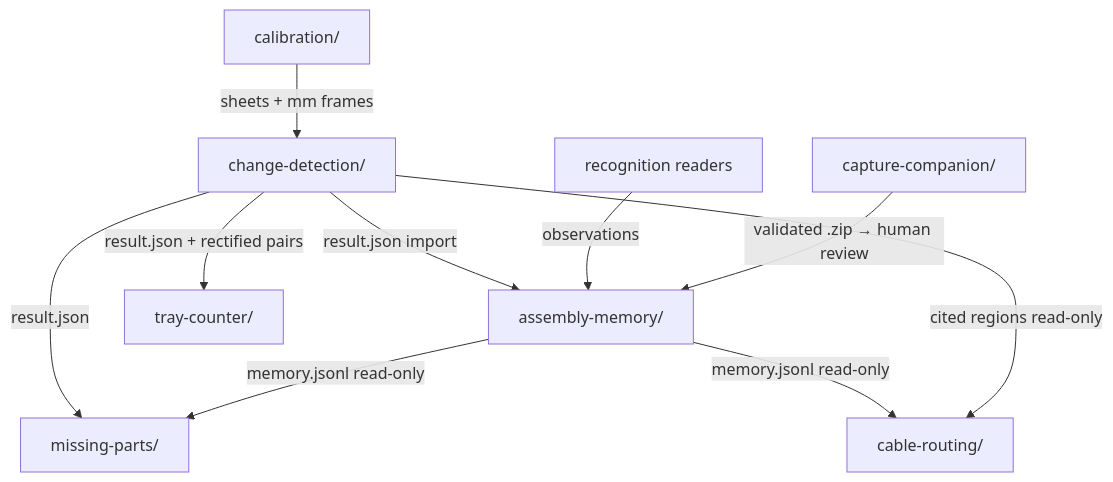
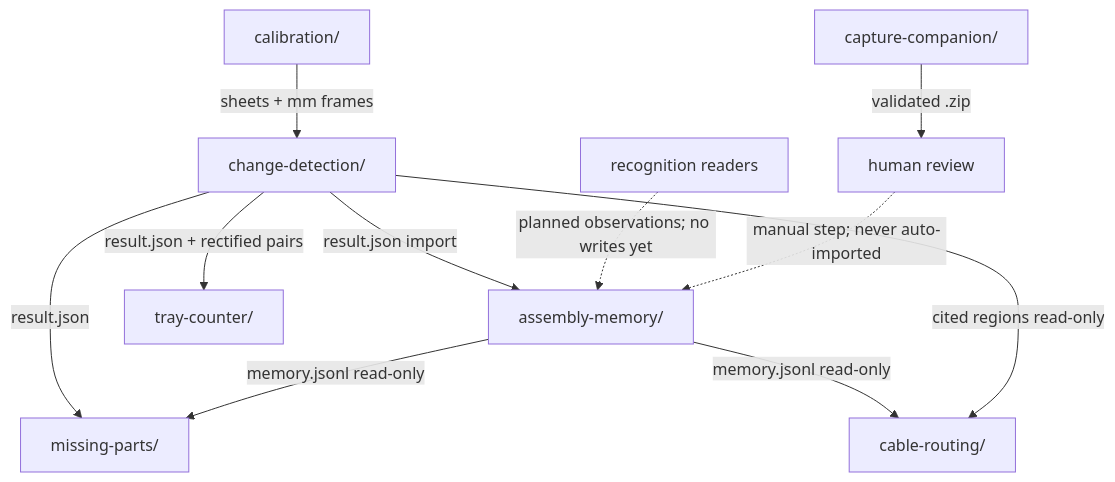
Before and after one commit to valentin-englert/Anastylos: the diagram in ARCHITECTURE.md, drawn with Mermaid. The commit also changed other lines of this file and 13 other files, not shown here.

````diff
--- a/ARCHITECTURE.md
+++ b/ARCHITECTURE.md
@@ -61,20 +63,21 @@
 ```mermaid
 flowchart TD
     CAL[calibration/]
     CD[change-detection/]
     MEM[assembly-memory/]
     READERS[recognition readers]
     TRAY[tray-counter/]
     MISS[missing-parts/]
     CAB[cable-routing/]
     CAP[capture-companion/]
     CAL -->|sheets + mm frames| CD
     CD -->|result.json + rectified pairs| TRAY
     CD -->|result.json| MISS
     CD -->|result.json import| MEM
-    READERS -->|observations| MEM
+    READERS -.->|planned observations; no writes yet| MEM
     MEM -->|memory.jsonl read-only| CAB
     CD -->|cited regions read-only| CAB
     MEM -->|memory.jsonl read-only| MISS
-    CAP -->|validated .zip → human review| MEM
+    CAP -->|validated .zip| REV[human review]
+    REV -.->|manual step; never auto-imported| MEM
 ```
````
